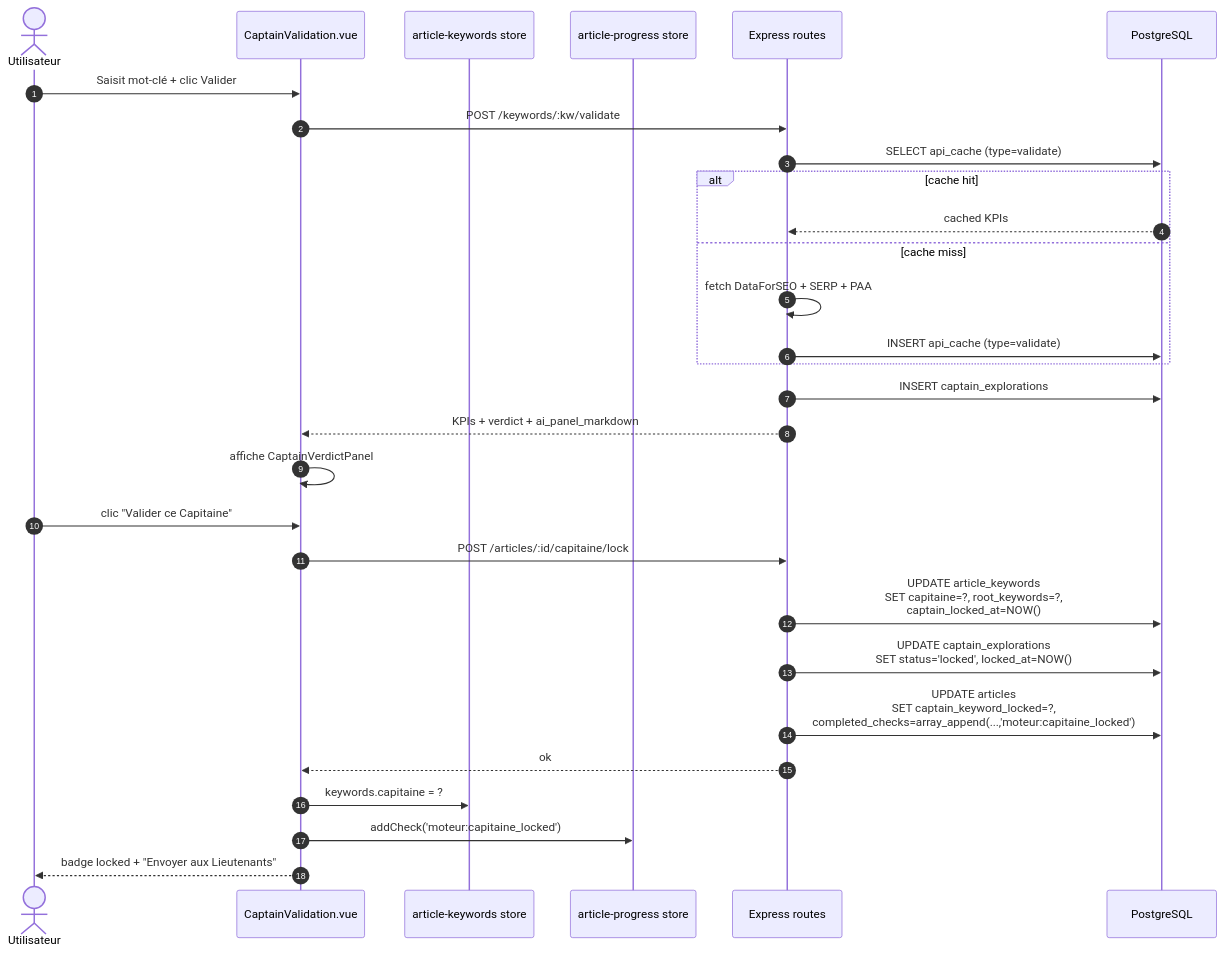
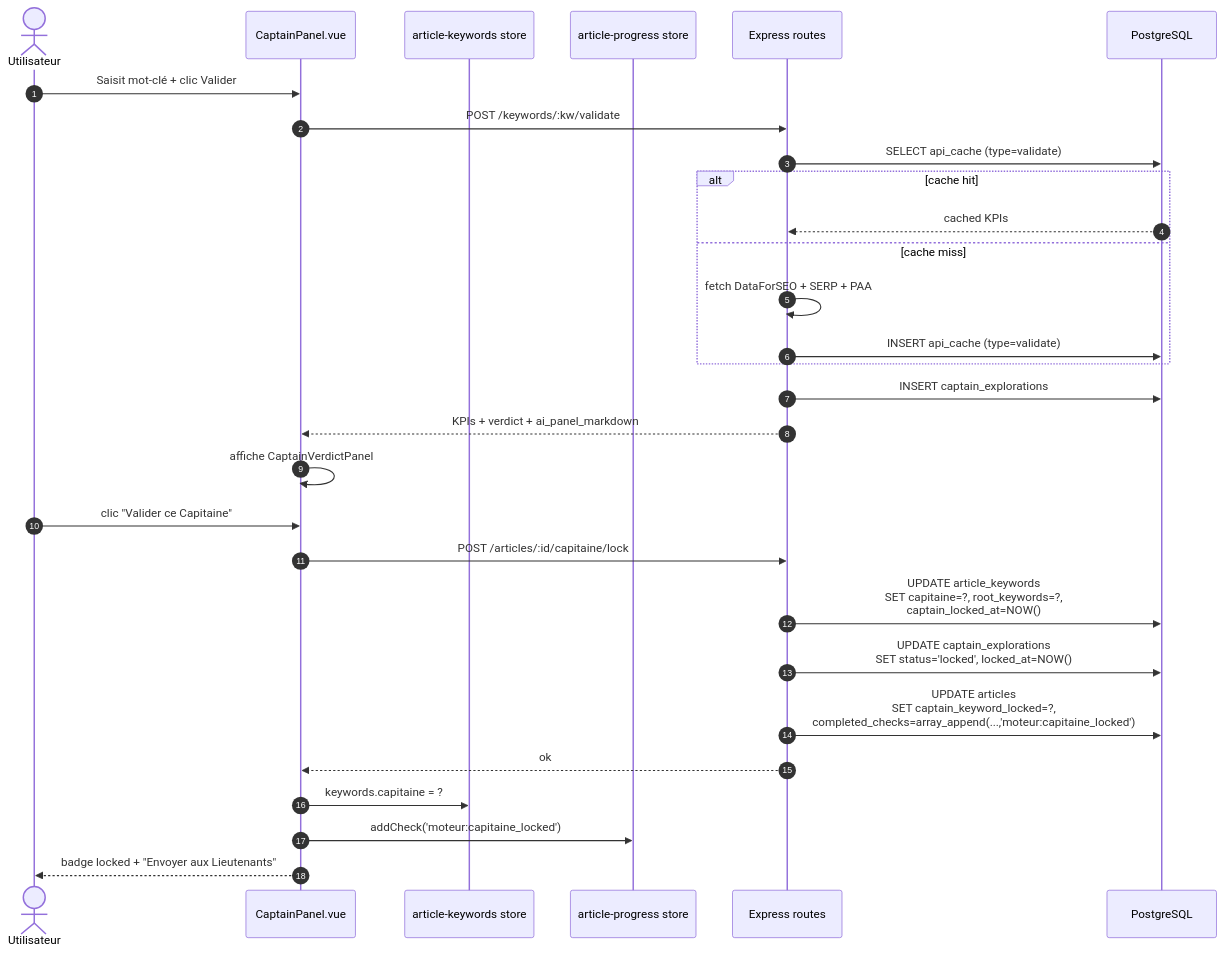
Before and after one commit to annubis-knight/Blog_Redactor_SEO: the sixth of 8 diagrams in docs/ui-sections-guide.md, drawn with Mermaid. The commit also changed other lines of this file and 44 other files, not shown here.

````diff
--- a/docs/ui-sections-guide.md
+++ b/docs/ui-sections-guide.md
@@ -1131,33 +1131,33 @@
 ```mermaid
 sequenceDiagram
     autonumber
     actor U as Utilisateur
-    participant CV as CaptainValidation.vue
+    participant CV as CaptainPanel.vue
     participant KS as article-keywords store
     participant PS as article-progress store
     participant API as Express routes
     participant DB as PostgreSQL
 
     U->>CV: Saisit mot-clé + clic Valider
     CV->>API: POST /keywords/:kw/validate
     API->>DB: SELECT api_cache (type=validate)
     alt cache hit
         DB-->>API: cached KPIs
     else cache miss
         API->>API: fetch DataForSEO + SERP + PAA
         API->>DB: INSERT api_cache (type=validate)
     end
     API->>DB: INSERT captain_explorations
     API-->>CV: KPIs + verdict + ai_panel_markdown
     CV->>CV: affiche CaptainVerdictPanel
 
     U->>CV: clic "Valider ce Capitaine"
     CV->>API: POST /articles/:id/capitaine/lock
     API->>DB: UPDATE article_keywords<br/>SET capitaine=?, root_keywords=?,<br/>captain_locked_at=NOW()
     API->>DB: UPDATE captain_explorations<br/>SET status='locked', locked_at=NOW()
     API->>DB: UPDATE articles<br/>SET captain_keyword_locked=?,<br/>completed_checks=array_append(...,'moteur:capitaine_locked')
     API-->>CV: ok
     CV->>KS: keywords.capitaine = ?
     CV->>PS: addCheck('moteur:capitaine_locked')
     CV-->>U: badge locked + "Envoyer aux Lieutenants"
 ```
````
